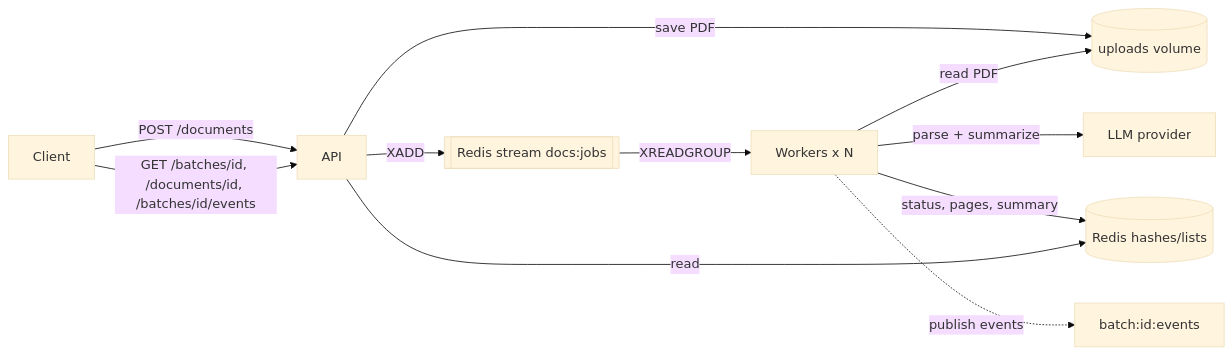
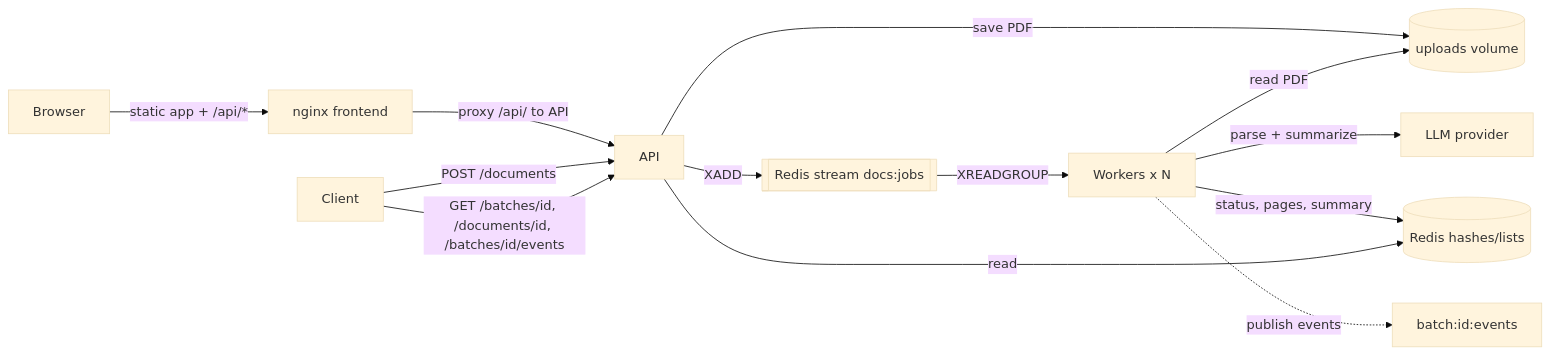
Before and after one commit to yunusovbekir/async-ai-pdf-processing-service: the diagram in README.md, drawn with Mermaid (base theme). The commit also changed other lines of this file and 24 other files, not shown here.

````diff
--- a/README.md
+++ b/README.md
@@ -7,13 +7,15 @@
 ```mermaid
 flowchart LR
+    B[Browser] -->|static app + /api/*| N[nginx frontend]
+    N -->|proxy /api/ to API| A
     C[Client] -->|POST /documents| A[API]
     A -->|save PDF| V[(uploads volume)]
     A -->|XADD| S[[Redis stream docs:jobs]]
     S -->|XREADGROUP| W[Workers x N]
     W -->|read PDF| V
     W -->|parse + summarize| G[LLM provider]
     W -->|status, pages, summary| R[(Redis hashes/lists)]
     W -.->|publish events| P[batch:id:events]
     C -->|GET /batches/id, /documents/id, /batches/id/events| A
     A -->|read| R
 ```
````
